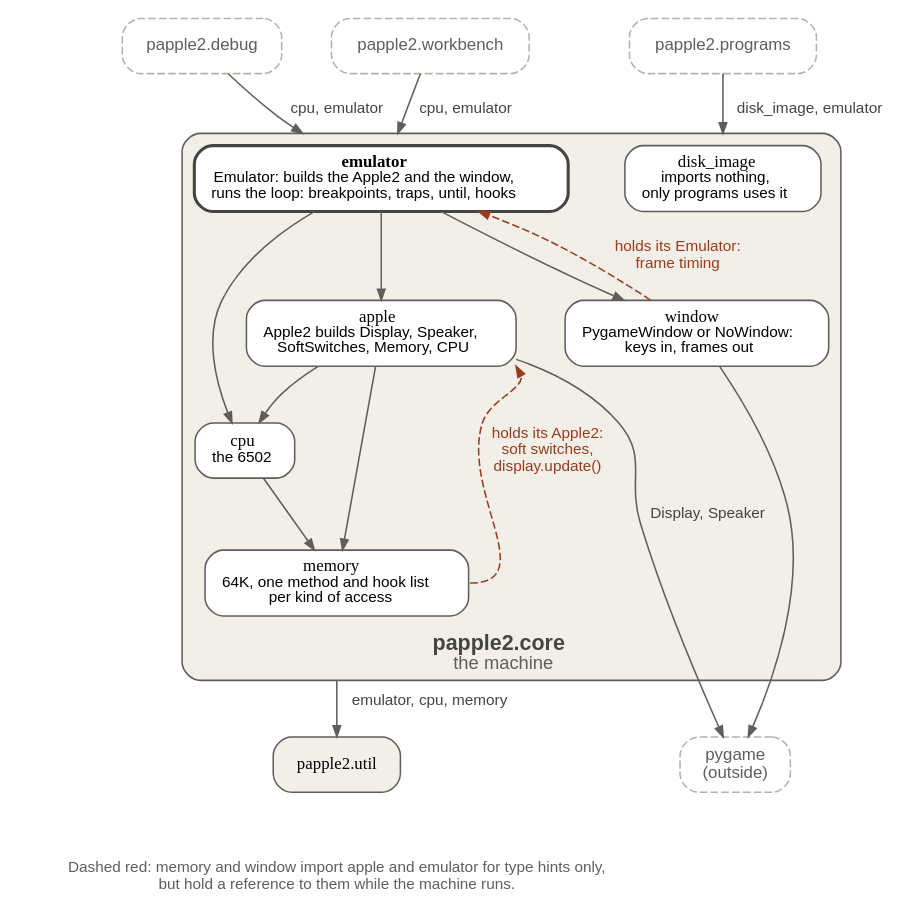
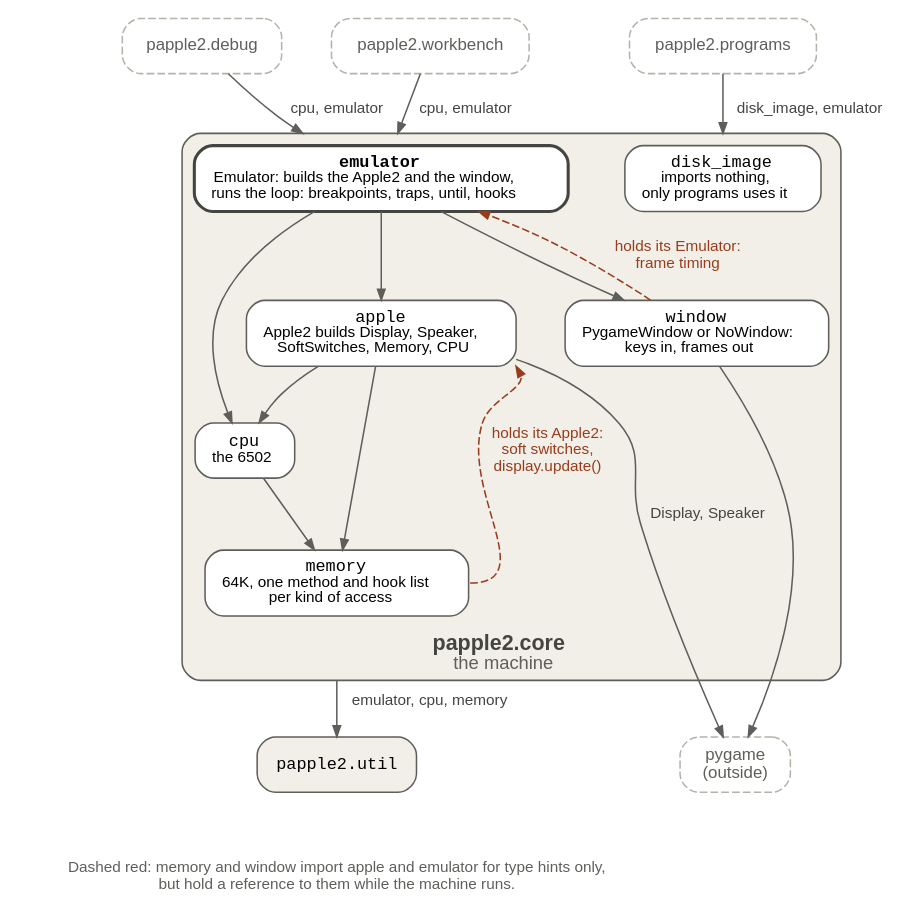
Before and after one commit to fschuhi/papple2: the diagram in docs/diagrams/core.dot, drawn with Graphviz. The commit also changed 17 other files, not shown here.

Commit message:
diagrams done, documentation updated

```diff
--- a/docs/diagrams/core.dot
+++ b/docs/diagrams/core.dot
@@ -1,83 +1,83 @@
 // Inside papple2.core: who imports whom, and the two references held
 // back up. The other packages appear as grey stubs. Overview in
 // packages.dot.
 //
 // A solid arrow points from the module that imports to the module
 // imported. Rendered by `make presentation`.
 
 digraph core {
     compound=true;
     rankdir=TB;
     newrank=true;
     size="13.3,7.5";
     nodesep=0.45;
     ranksep=0.5;
     bgcolor="white";
     fontname="Helvetica";
     node [shape=box, style="rounded,filled", fontname="Helvetica", fontsize=11,
           fillcolor="white", color="#5F5E5A", penwidth=1, margin="0.15,0.08"];
     edge [color="#5F5E5A", fontname="Helvetica", fontsize=10, fontcolor="#444441",
           arrowsize=0.7];
 
     // the other packages, as stubs
     workbench [label="papple2.workbench", color="#B4B2A9", fontcolor="#5F5E5A",
                style="rounded,filled,dashed"];
     debug [label="papple2.debug", color="#B4B2A9", fontcolor="#5F5E5A",
            style="rounded,filled,dashed"];
     programs [label="papple2.programs", color="#B4B2A9", fontcolor="#5F5E5A",
               style="rounded,filled,dashed"];
     { rank=same; workbench; debug; programs; }
 
     subgraph cluster_core {
         style="rounded,filled"; fillcolor="#F1EFE8"; color="#5F5E5A";
         fontname="Helvetica"; fontsize=12; labelloc="b";
         label=<<FONT POINT-SIZE="14" COLOR="#444441"><B>papple2.core</B></FONT><BR/><FONT COLOR="#5F5E5A">the machine</FONT>>;
 
-        emulator [penwidth=2, color="#444441", label=<<FONT FACE="Menlo"><B>emulator</B></FONT><BR/><FONT POINT-SIZE="10">Emulator: builds the Apple2 and the window,</FONT><BR/><FONT POINT-SIZE="10">runs the loop: breakpoints, traps, until, hooks</FONT>>];
+        emulator [penwidth=2, color="#444441", label=<<FONT FACE="monospace"><B>emulator</B></FONT><BR/><FONT POINT-SIZE="10">Emulator: builds the Apple2 and the window,</FONT><BR/><FONT POINT-SIZE="10">runs the loop: breakpoints, traps, until, hooks</FONT>>];
 
-        window [label=<<FONT FACE="Menlo">window</FONT><BR/><FONT POINT-SIZE="10">PygameWindow or NoWindow:</FONT><BR/><FONT POINT-SIZE="10">keys in, frames out</FONT>>];
+        window [label=<<FONT FACE="monospace">window</FONT><BR/><FONT POINT-SIZE="10">PygameWindow or NoWindow:</FONT><BR/><FONT POINT-SIZE="10">keys in, frames out</FONT>>];
 
-        apple [label=<<FONT FACE="Menlo">apple</FONT><BR/><FONT POINT-SIZE="10">Apple2 builds Display, Speaker,</FONT><BR/><FONT POINT-SIZE="10">SoftSwitches, Memory, CPU</FONT>>];
+        apple [label=<<FONT FACE="monospace">apple</FONT><BR/><FONT POINT-SIZE="10">Apple2 builds Display, Speaker,</FONT><BR/><FONT POINT-SIZE="10">SoftSwitches, Memory, CPU</FONT>>];
 
-        cpu [label=<<FONT FACE="Menlo">cpu</FONT><BR/><FONT POINT-SIZE="10">the 6502</FONT>>];
+        cpu [label=<<FONT FACE="monospace">cpu</FONT><BR/><FONT POINT-SIZE="10">the 6502</FONT>>];
 
-        memory [label=<<FONT FACE="Menlo">memory</FONT><BR/><FONT POINT-SIZE="10">64K, one method and hook list</FONT><BR/><FONT POINT-SIZE="10">per kind of access</FONT>>];
+        memory [label=<<FONT FACE="monospace">memory</FONT><BR/><FONT POINT-SIZE="10">64K, one method and hook list</FONT><BR/><FONT POINT-SIZE="10">per kind of access</FONT>>];
 
-        disk_image [label=<<FONT FACE="Menlo">disk_image</FONT><BR/><FONT POINT-SIZE="10">imports nothing,</FONT><BR/><FONT POINT-SIZE="10">only programs uses it</FONT>>];
+        disk_image [label=<<FONT FACE="monospace">disk_image</FONT><BR/><FONT POINT-SIZE="10">imports nothing,</FONT><BR/><FONT POINT-SIZE="10">only programs uses it</FONT>>];
 
         { rank=same; window; apple; }
 
         emulator -> window;
         emulator -> apple;
         emulator -> cpu;
         apple -> cpu;
         apple -> memory;
         cpu -> memory;
 
         // held back up at runtime; the import is for type hints only
         memory:e -> apple:se [style=dashed, color="#993C1D", fontcolor="#993C1D",
                          constraint=false,
                          label=" holds its Apple2:\n soft switches,\n display.update() "];
         window -> emulator [style=dashed, color="#993C1D", fontcolor="#993C1D",
                             constraint=false,
                             label=" holds its Emulator:\n frame timing "];
     }
 
-    util [label="papple2.util", fontname="Menlo", fillcolor="#F1EFE8"];
+    util [label="papple2.util", fontname="monospace", fillcolor="#F1EFE8"];
     pygame [label="pygame\n(outside)", color="#B4B2A9", fontcolor="#5F5E5A",
             style="rounded,filled,dashed"];
     { rank=same; util; pygame; }
 
     // one arrow per package, to the box, labelled with the modules imported
     workbench -> emulator [lhead=cluster_core, label=" cpu, emulator "];
     debug -> emulator [lhead=cluster_core, label=" cpu, emulator "];
     programs -> disk_image [lhead=cluster_core, label=" disk_image, emulator "];
 
     memory -> util [ltail=cluster_core, label=" emulator, cpu, memory "];
     apple -> pygame [label=" Display, Speaker "];
     window -> pygame;
 
     note [shape=plaintext, style="", fontsize=10, fontcolor="#5F5E5A",
           label="Dashed red: memory and window import apple and emulator for type hints only,\nbut hold a reference to them while the machine runs."];
     util -> note [style=invis];
 }
```
